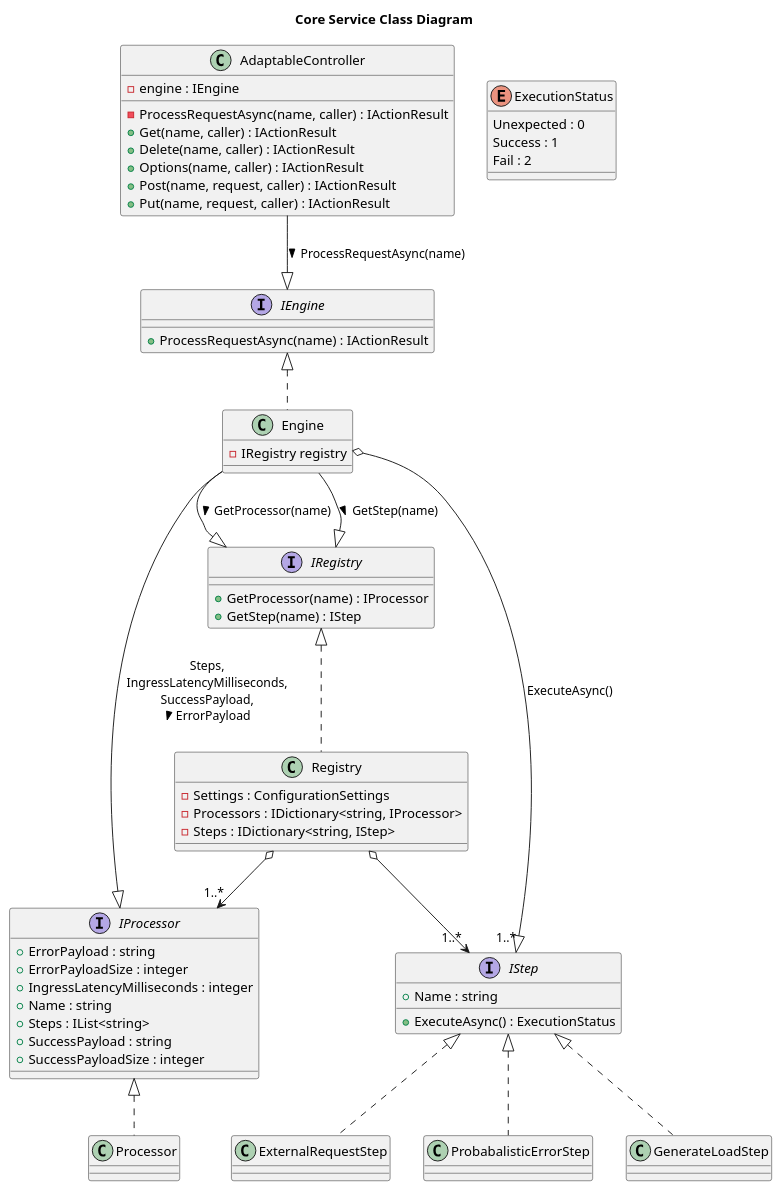
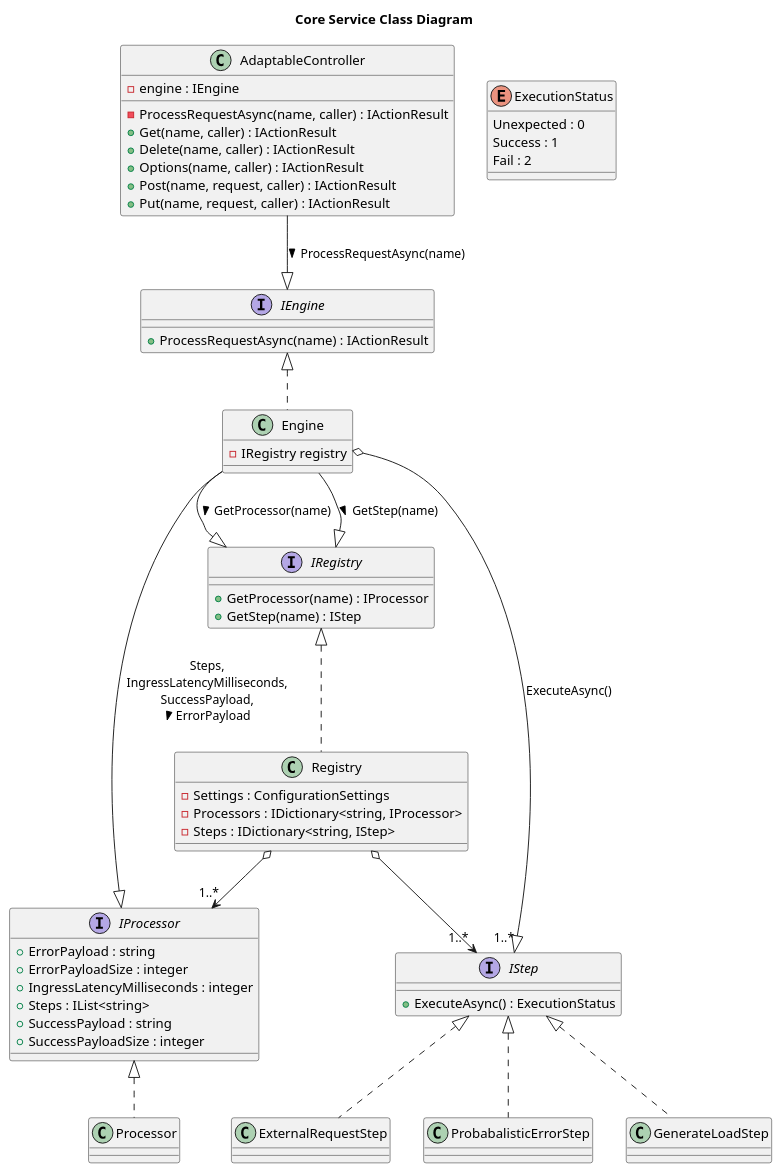
One commit to K-Cully/performance-of-microservices changed the diagram in plantuml_diagrams/Class_Diagram_CoreService.wsd. Above: the diagram before and after it, drawn with PlantUML. The commit also changed 2 other files, not shown here.

Commit message:
AB#40 Remove name and add load to load step

```diff
--- a/plantuml_diagrams/Class_Diagram_CoreService.wsd
+++ b/plantuml_diagrams/Class_Diagram_CoreService.wsd
@@ -1,70 +1,68 @@
 @startuml
 title Core Service Class Diagram
 
 class AdaptableController {
     - engine : IEngine
     - ProcessRequestAsync(name, caller) : IActionResult
     + Get(name, caller) : IActionResult
     + Delete(name, caller) : IActionResult
     + Options(name, caller) : IActionResult
     + Post(name, request, caller) : IActionResult
     + Put(name, request, caller) : IActionResult
 }
 
 interface IEngine {
     + ProcessRequestAsync(name) : IActionResult
 }
 
 class Engine implements IEngine {
     - IRegistry registry
 }
 
 interface IRegistry {
     + GetProcessor(name) : IProcessor
     + GetStep(name) : IStep
 }
 
 class Registry implements IRegistry {
     - Settings : ConfigurationSettings
     - Processors : IDictionary<string, IProcessor>
     - Steps : IDictionary<string, IStep>
 }
 
 interface IProcessor {
     + ErrorPayload : string
     + ErrorPayloadSize : integer
     + IngressLatencyMilliseconds : integer
-    + Name : string
     + Steps : IList<string>
     + SuccessPayload : string
     + SuccessPayloadSize : integer
 }
 
 class Processor implements IProcessor {
 }
 
 enum ExecutionStatus {
     Unexpected : 0
     Success : 1
     Fail : 2
 }
 
 interface IStep {
-    + Name : string
     + ExecuteAsync() : ExecutionStatus
 }
 
 class GenerateLoadStep implements IStep
 class ExternalRequestStep implements IStep
 class ProbabalisticErrorStep implements IStep
 
 AdaptableController --|> IEngine : ProcessRequestAsync(name) >
 Engine --|> IRegistry : GetProcessor(name) >
 Engine --|> IProcessor : Steps,\nIngressLatencyMilliseconds,\nSuccessPayload,\nErrorPayload >
 Engine --|> IRegistry : GetStep(name) >
 Engine o--|> "1..*" IStep : ExecuteAsync()
 
 Registry o--> "1..*" IStep
 Registry o--> "1..*" IProcessor 
 
 @enduml
```
